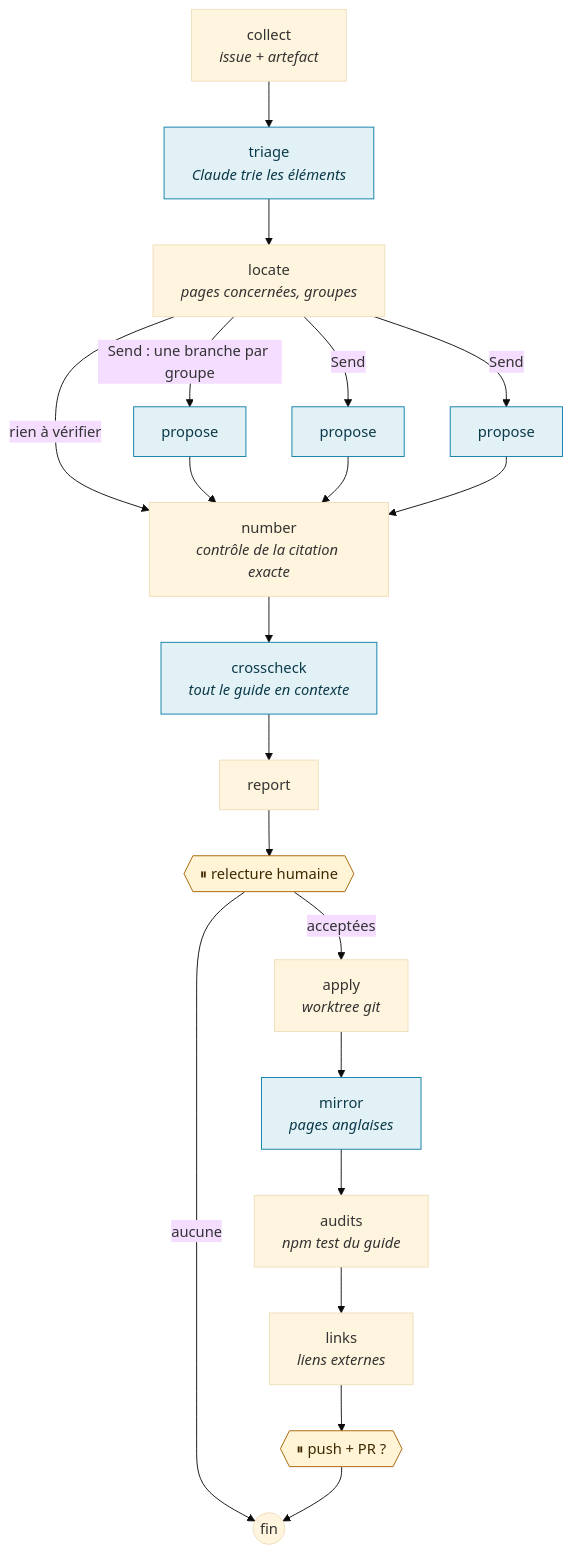
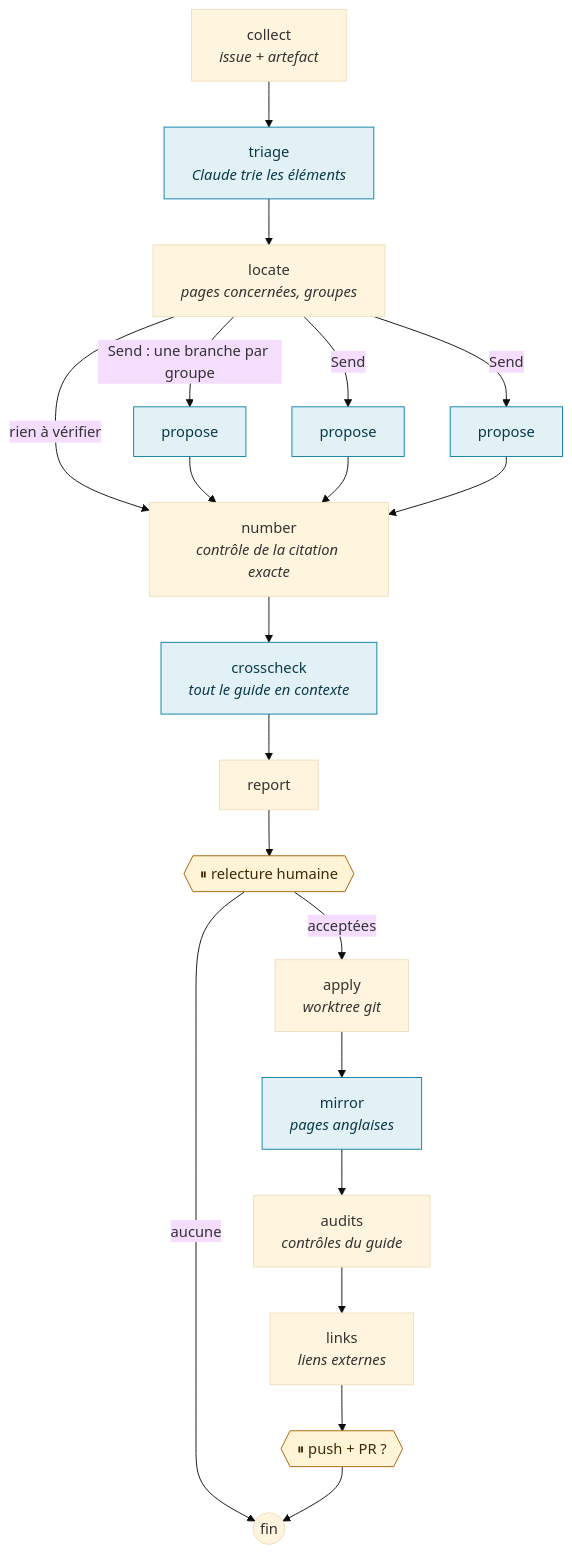
One commit to DamienBecherini/vault-watch-agent changed the second of 5 diagrams in docs/presentation.fr.md. Above: the diagram before and after it, drawn with Mermaid (base theme). The commit also changed other lines of this file and 27 other files, not shown here.

````diff
--- a/docs/presentation.fr.md
+++ b/docs/presentation.fr.md
@@ -68,23 +75,23 @@
 ```mermaid
 flowchart TD
   collect["collect<br/><i>issue + artefact</i>"] --> triage["triage<br/><i>Claude trie les éléments</i>"]
   triage --> locate["locate<br/><i>pages concernées, groupes</i>"]
   locate -->|"Send : une branche par groupe"| p1["propose"]
   locate -->|"Send"| p2["propose"]
   locate -->|"Send"| p3["propose"]
   locate -->|"rien à vérifier"| number
   p1 --> number["number<br/><i>contrôle de la citation exacte</i>"]
   p2 --> number
   p3 --> number
   number --> crosscheck["crosscheck<br/><i>tout le guide en contexte</i>"]
   crosscheck --> report --> review{{"⏸ relecture humaine"}}
   review -->|"acceptées"| apply["apply<br/><i>worktree git</i>"]
   review -->|"aucune"| stop((fin))
-  apply --> mirror["mirror<br/><i>pages anglaises</i>"] --> audits["audits<br/><i>npm test du guide</i>"]
+  apply --> mirror["mirror<br/><i>pages anglaises</i>"] --> audits["audits<br/><i>contrôles du guide</i>"]
   audits --> links["links<br/><i>liens externes</i>"] --> publish{{"⏸ push + PR ?"}}
   publish --> stop
   classDef pause fill:#fff4d6,stroke:#a65f00,color:#3d2a00
   classDef model fill:#e2f1f6,stroke:#0a7ea4,color:#0b3a4a
   class review,publish pause
   class triage,p1,p2,p3,crosscheck,mirror model
 ```
````
